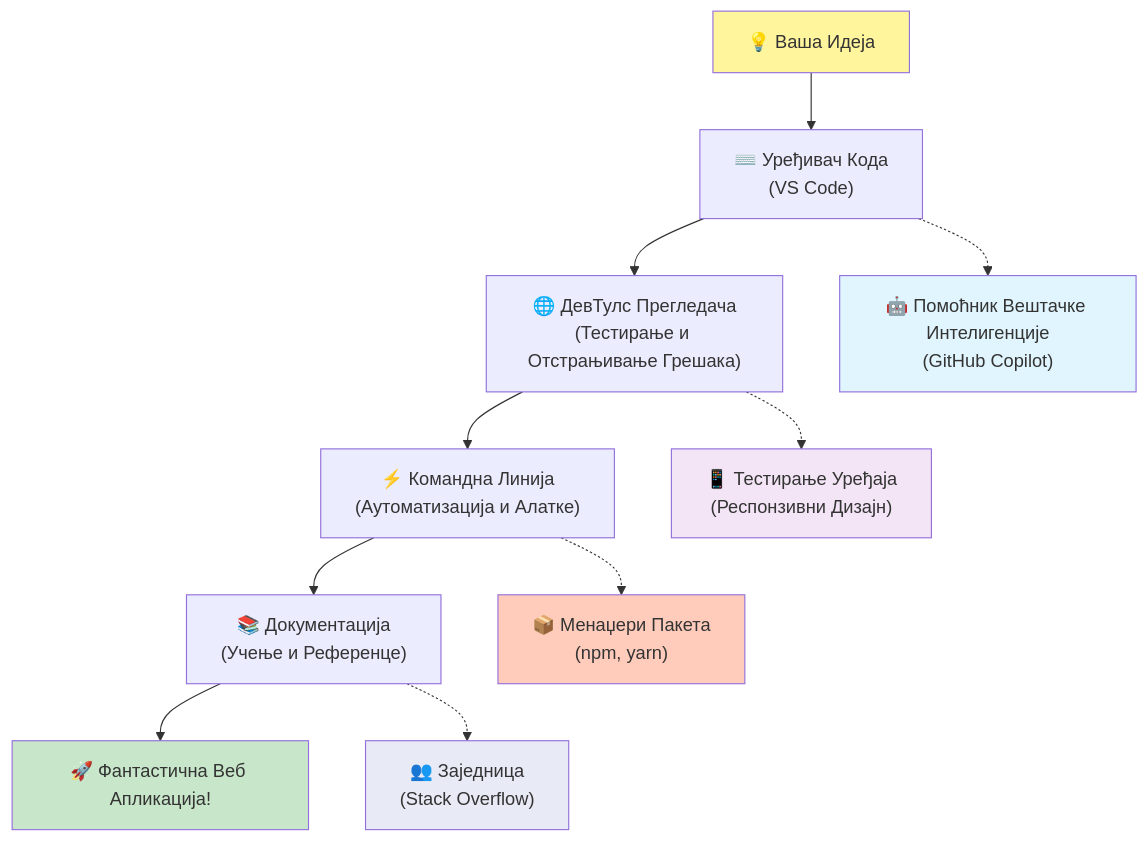
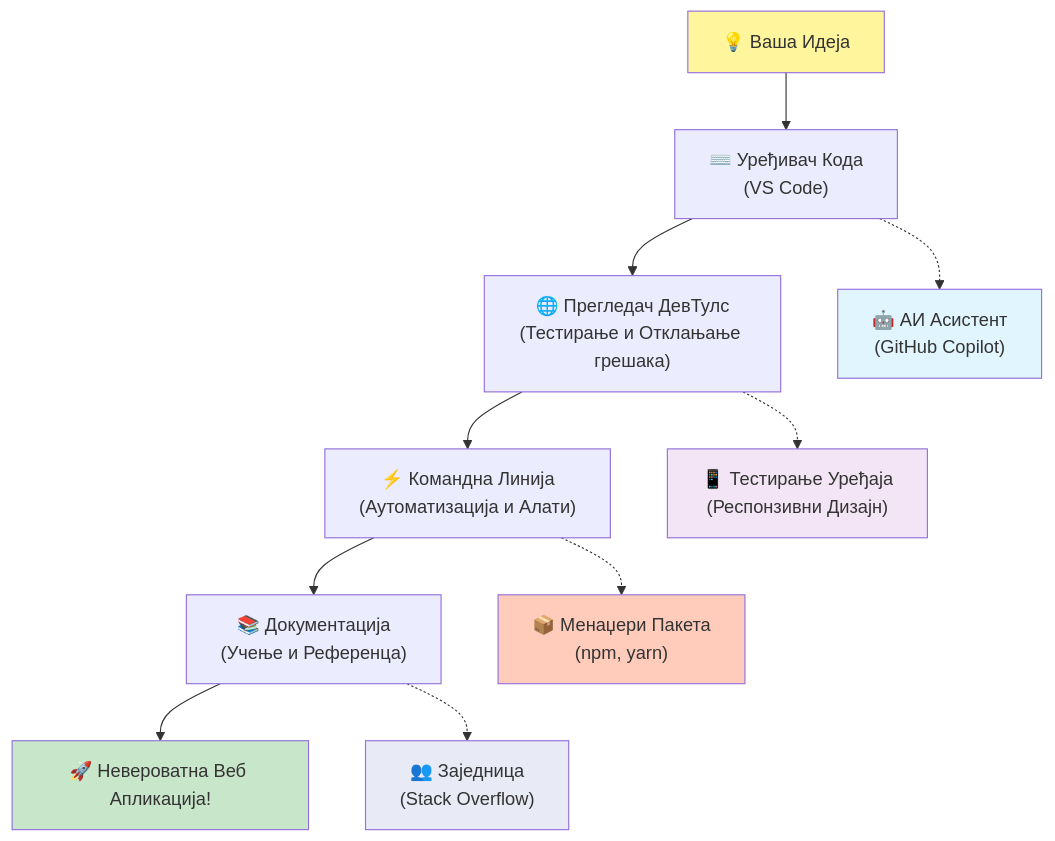
One commit to microsoft/Web-Dev-For-Beginners changed the fifth of 7 diagrams in translations/sr/1-getting-started-lessons/1-intro-to-programming-languages/README.md. Above: the diagram before and after it, drawn with Mermaid. The commit also changed other lines of this file and 11 other files, not shown here.

````diff
--- a/translations/sr/1-getting-started-lessons/1-intro-to-programming-languages/README.md
+++ b/translations/sr/1-getting-started-lessons/1-intro-to-programming-languages/README.md
@@ -487,20 +488,20 @@
 ```mermaid
 graph TD
     A["💡 Ваша Идеја"] --> B["⌨️ Уређивач Кода<br/>(VS Code)"] 
-    B --> C["🌐 ДевТулс Прегледача<br/>(Тестирање и Отстрањивање Грешака)"]
-    C --> D["⚡ Командна Линија<br/>(Аутоматизација и Алатке)"]
-    D --> E["📚 Документација<br/>(Учење и Референце)"]
-    E --> F["🚀 Фантастична Веб Апликација!"]
+    B --> C["🌐 Прегледач ДевТулс<br/>(Тестирање и Отклањање грешака)"]
+    C --> D["⚡ Командна Линија<br/>(Аутоматизација и Алати)"]
+    D --> E["📚 Документација<br/>(Учење и Референца)"]
+    E --> F["🚀 Невероватна Веб Апликација!"]
     
-    B -.-> G["🤖 Помоћник Вештачке Интелигенције<br/>(GitHub Copilot)"]
+    B -.-> G["🤖 АИ Асистент<br/>(GitHub Copilot)"]
     C -.-> H["📱 Тестирање Уређаја<br/>(Респонзивни Дизајн)"]
-    D -.-> I["📦 Менaџери Пакета<br/>(npm, yarn)"]
+    D -.-> I["📦 Менаџери Пакета<br/>(npm, yarn)"]
     E -.-> J["👥 Заједница<br/>(Stack Overflow)"]
     
     style A fill:#fff59d
     style F fill:#c8e6c9
     style G fill:#e1f5fe
     style H fill:#f3e5f5
     style I fill:#ffccbc
     style J fill:#e8eaf6
-```  
+```
````
